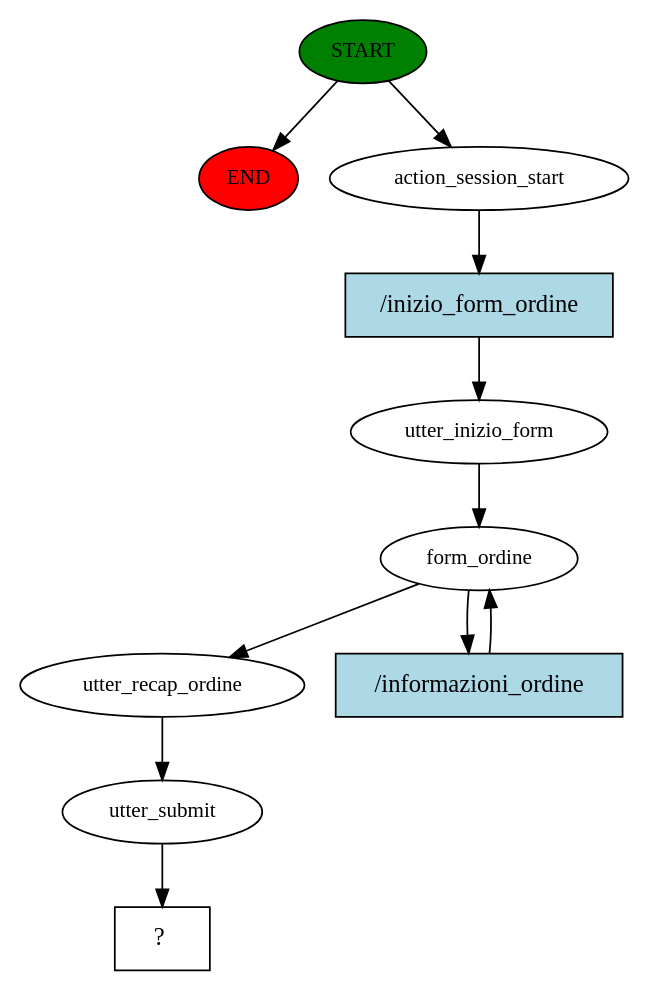
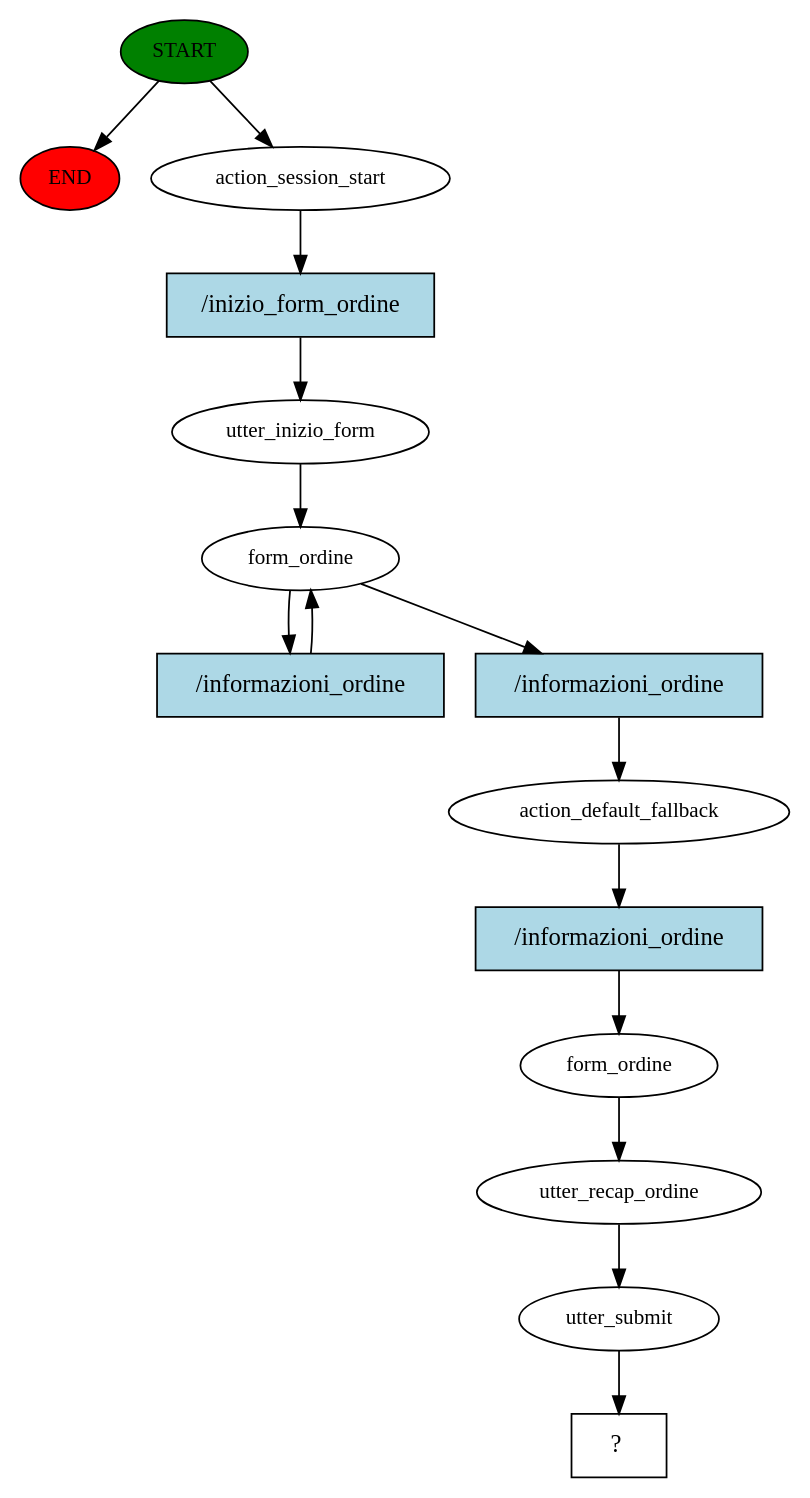
Before and after one commit to Paolo95/Rasa_Chatbot: the diagram in story_graph.dot, drawn with Graphviz. The commit also changed 4 other files, not shown here.

```diff
--- a/story_graph.dot
+++ b/story_graph.dot
@@ -1,22 +1,30 @@
 digraph  {
 0 [class="start active", fillcolor=green, fontsize=12, label=START, style=filled];
 "-1" [class=end, fillcolor=red, fontsize=12, label=END, style=filled];
 1 [class=active, fontsize=12, label=action_session_start];
 2 [class=active, fontsize=12, label=utter_inizio_form];
 3 [class=active, fontsize=12, label=form_ordine];
-15 [class=active, fontsize=12, label=utter_recap_ordine];
-16 [class=active, fontsize=12, label=utter_submit];
-17 [class="intent dashed active", label="  ?  ", shape=rect];
-18 [class="intent active", fillcolor=lightblue, label="/inizio_form_ordine", shape=rect, style=filled];
-19 [class="intent active", fillcolor=lightblue, label="/informazioni_ordine", shape=rect, style=filled];
+14 [class=active, fontsize=12, label=action_default_fallback];
+15 [class=active, fontsize=12, label=form_ordine];
+16 [class=active, fontsize=12, label=utter_recap_ordine];
+17 [class=active, fontsize=12, label=utter_submit];
+18 [class="intent dashed active", label="  ?  ", shape=rect];
+19 [class="intent active", fillcolor=lightblue, label="/inizio_form_ordine", shape=rect, style=filled];
+20 [class="intent active", fillcolor=lightblue, label="/informazioni_ordine", shape=rect, style=filled];
+21 [class="intent active", fillcolor=lightblue, label="/informazioni_ordine", shape=rect, style=filled];
+22 [class="intent active", fillcolor=lightblue, label="/informazioni_ordine", shape=rect, style=filled];
 0 -> "-1"  [class="", key=NONE, label=""];
 0 -> 1  [class=active, key=NONE, label=""];
-1 -> 18  [class=active, key=0];
+1 -> 19  [class=active, key=0];
 2 -> 3  [class=active, key=NONE, label=""];
-3 -> 15  [class=active, key=NONE, label=""];
-3 -> 19  [class=active, key=0];
+3 -> 20  [class=active, key=0];
+3 -> 21  [class=active, key=0];
+14 -> 22  [class=active, key=0];
 15 -> 16  [class=active, key=NONE, label=""];
 16 -> 17  [class=active, key=NONE, label=""];
-18 -> 2  [class=active, key=0];
-19 -> 3  [class=active, key=0];
+17 -> 18  [class=active, key=NONE, label=""];
+19 -> 2  [class=active, key=0];
+20 -> 3  [class=active, key=0];
+21 -> 14  [class=active, key=0];
+22 -> 15  [class=active, key=0];
 }
```
